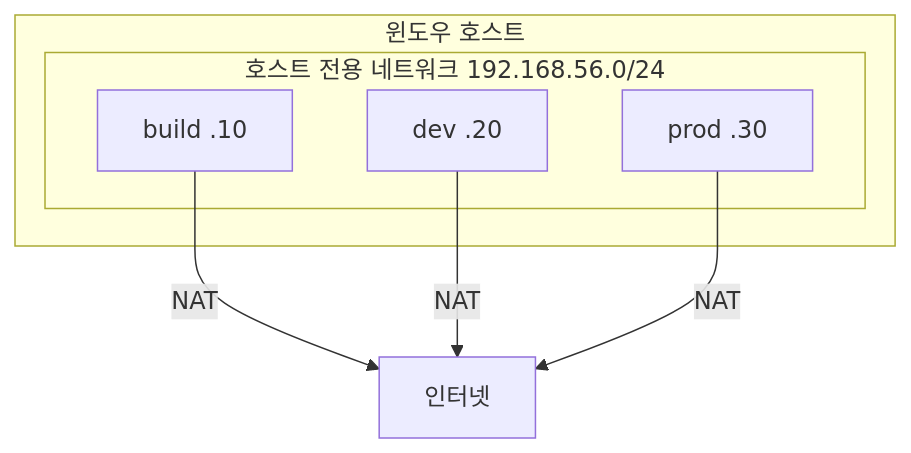
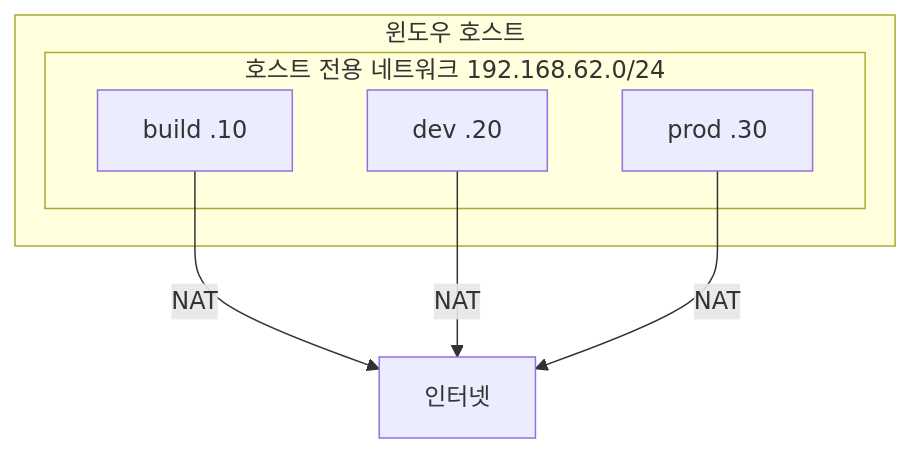
One commit to sbaek100/sbaek100.github.io changed the third of 3 diagrams in _posts/1.응용강의/devsecops/2026-06-09-devsecops-01-1-lab-setup-theory.md. Above: the diagram before and after it, drawn with Mermaid. The commit also changed other lines of this file and 518 other files, not shown here.

````diff
--- a/_posts/1.응용강의/devsecops/2026-06-09-devsecops-01-1-lab-setup-theory.md
+++ b/_posts/1.응용강의/devsecops/2026-06-09-devsecops-01-1-lab-setup-theory.md
@@ -100,14 +100,14 @@
 ```mermaid
 flowchart TB
     INET["인터넷"]
     subgraph HOST["윈도우 호스트"]
-        subgraph NET["호스트 전용 네트워크 192.168.56.0/24"]
+        subgraph NET["호스트 전용 네트워크 192.168.62.0/24"]
             B["build .10"]
             D["dev .20"]
             P["prod .30"]
         end
     end
     B -- "NAT" --> INET
     D -- "NAT" --> INET
     P -- "NAT" --> INET
 ```
````
